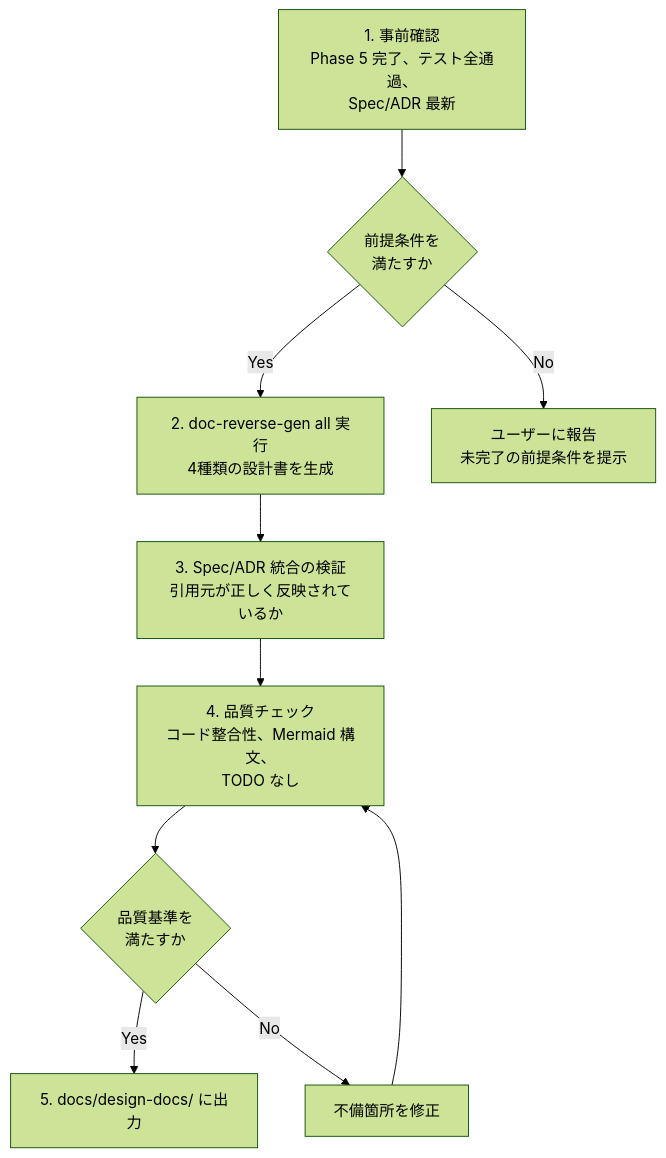
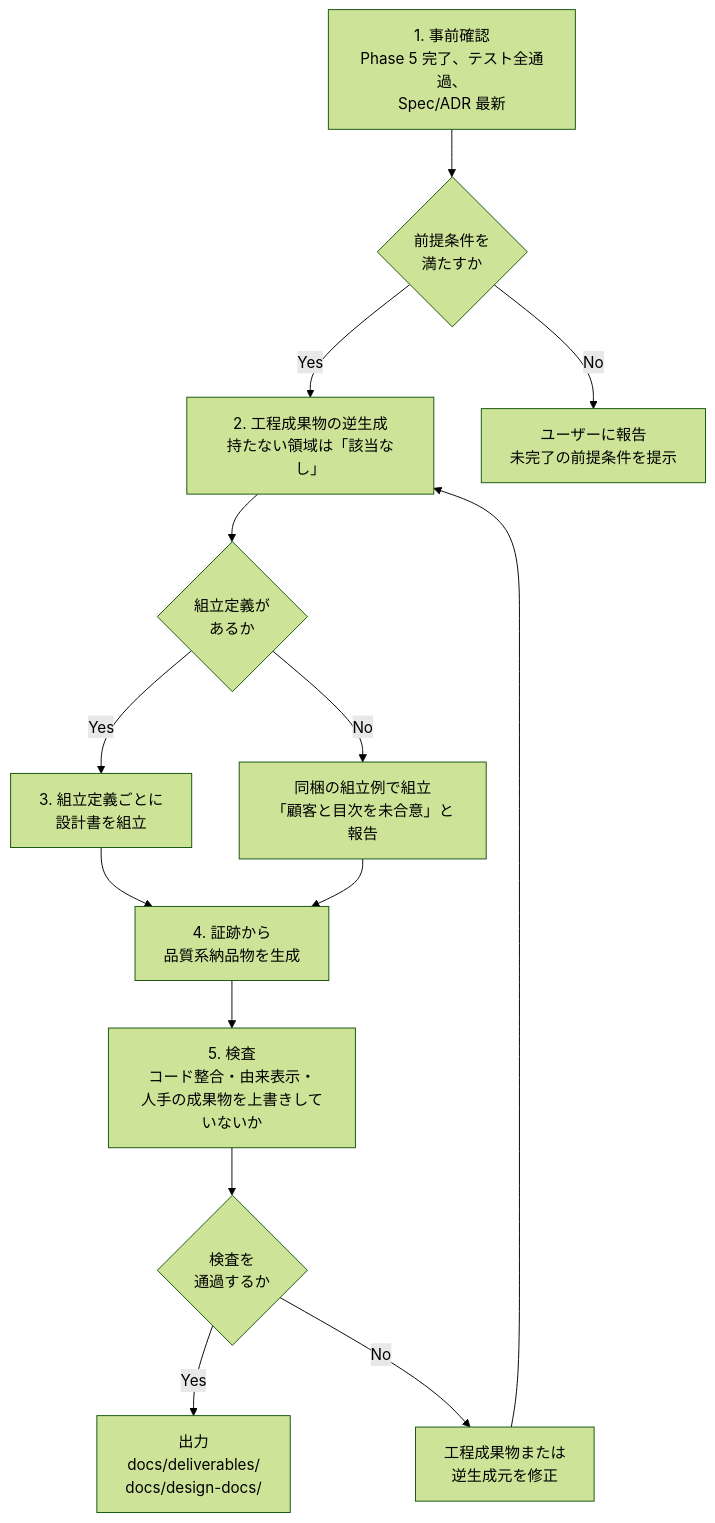
One commit to SeckeyJP/j-six-articles changed the second of 2 diagrams in articles/j-six-doc-reverse-gen.md. Above: the diagram before and after it, drawn with Mermaid (forest theme). The commit also changed other lines of this file and 3 other files, not shown here.

````diff
--- a/articles/j-six-doc-reverse-gen.md
+++ b/articles/j-six-doc-reverse-gen.md
@@ -261,12 +251,16 @@
 ```mermaid
 flowchart TB
-    A["1. 事前確認<br>Phase 5 完了、テスト全通過、<br>Spec/ADR 最新"] --> B{前提条件を<br>満たすか}
-    B -->|Yes| C["2. doc-reverse-gen all 実行<br>4種類の設計書を生成"]
+    A["1. 事前確認<br>Phase 5 完了、テスト全通過、<br>Spec/ADR 最新"] --> B{"前提条件を<br>満たすか"}
+    B -->|Yes| C["2. 工程成果物の逆生成<br>持たない領域は「該当なし」"]
     B -->|No| D["ユーザーに報告<br>未完了の前提条件を提示"]
-    C --> E["3. Spec/ADR 統合の検証<br>引用元が正しく反映されているか"]
-    E --> F["4. 品質チェック<br>コード整合性、Mermaid 構文、<br>TODO なし"]
-    F --> G{品質基準を<br>満たすか}
-    G -->|Yes| H["5. docs/design-docs/ に出力"]
-    G -->|No| I["不備箇所を修正"]
-    I --> F
+    C --> E{"組立定義が<br>あるか"}
+    E -->|Yes| F["3. 組立定義ごとに<br>設計書を組立"]
+    E -->|No| G["同梱の組立例で組立<br>「顧客と目次を未合意」と報告"]
+    F --> H["4. 証跡から<br>品質系納品物を生成"]
+    G --> H
+    H --> I["5. 検査<br>コード整合・由来表示・<br>人手の成果物を上書きしていないか"]
+    I --> J{"検査を<br>通過するか"}
+    J -->|Yes| K["出力<br>docs/deliverables/<br>docs/design-docs/"]
+    J -->|No| L["工程成果物または<br>逆生成元を修正"]
+    L --> C
 ```
````
